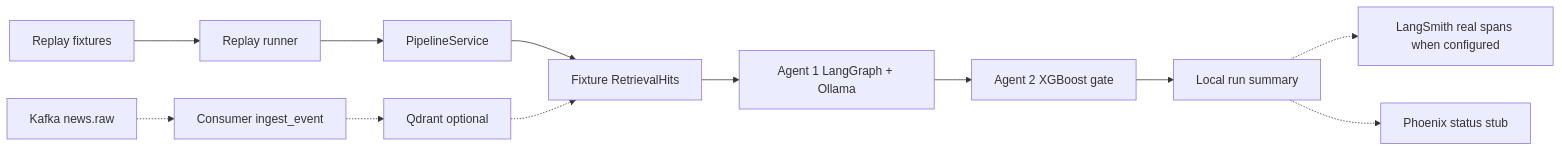
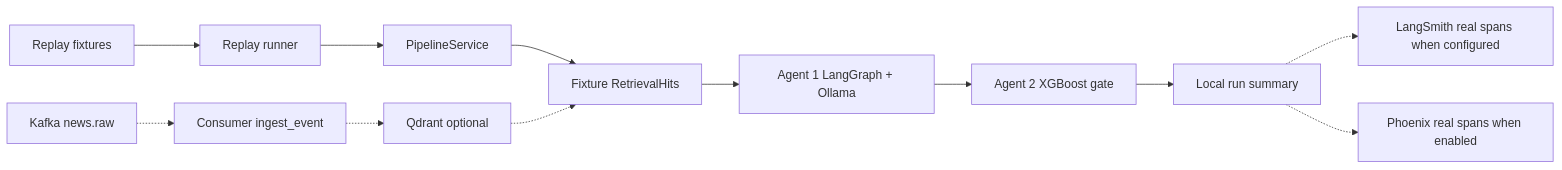
Before and after one commit to Alpha-W0lf/alphaguard: the diagram in README.md, drawn with Mermaid. The commit also changed other lines of this file and 17 other files, not shown here.

First line of the commit message:
feat: emit real Phoenix fail-open pipeline spans

````diff
--- a/README.md
+++ b/README.md
@@ -43,14 +43,14 @@
 ```mermaid
 flowchart LR
   FIX[Replay fixtures] --> REPLAY[Replay runner]
   REPLAY --> PIPE[PipelineService]
   PIPE --> HITS[Fixture RetrievalHits]
   HITS --> A1[Agent 1 LangGraph + Ollama]
   A1 --> A2[Agent 2 XGBoost gate]
   A2 --> LOCAL[Local run summary]
   LOCAL -.-> LS[LangSmith real spans when configured]
-  LOCAL -.-> PX[Phoenix status stub]
+  LOCAL -.-> PX[Phoenix real spans when enabled]
   QDR[Qdrant optional] -.-> HITS
   KFK[Kafka news.raw] -.-> CONS[Consumer ingest_event]
   CONS -.-> QDR
 ```
````
